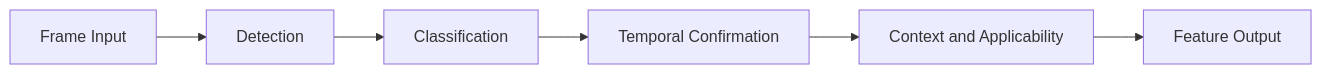
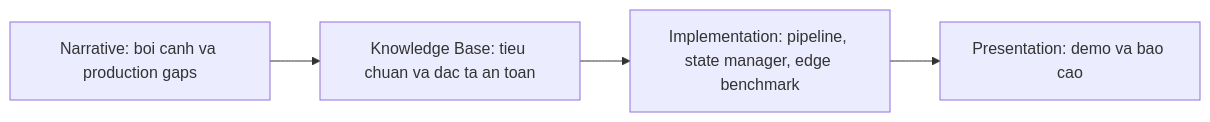
One commit to LeNguyenHaiDuong/adas-tsr changed the diagram in research/1.narrative/01.prototype_to_production.md. Above: the diagram before and after it, drawn with Mermaid. The commit also changed other lines of this file and 32 other files, not shown here.

````diff
--- a/research/1.narrative/01.prototype_to_production.md
+++ b/research/1.narrative/01.prototype_to_production.md
@@ -62,8 +58,6 @@
 ```mermaid
 flowchart LR
-    A[Frame Input] --> B[Detection]
-    B --> C[Classification]
-    C --> D[Temporal Confirmation]
-    D --> E[Context and Applicability]
-    E --> F[Feature Output]
+    A[Narrative: boi canh va production gaps] --> B[Knowledge Base: tieu chuan va dac ta an toan]
+    B --> C[Implementation: pipeline, state manager, edge benchmark]
+    C --> D[Presentation: demo va bao cao]
 ```
````
